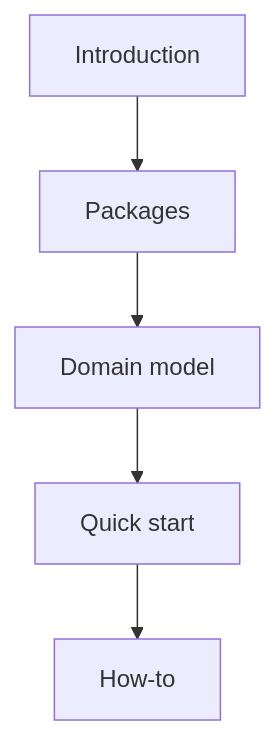
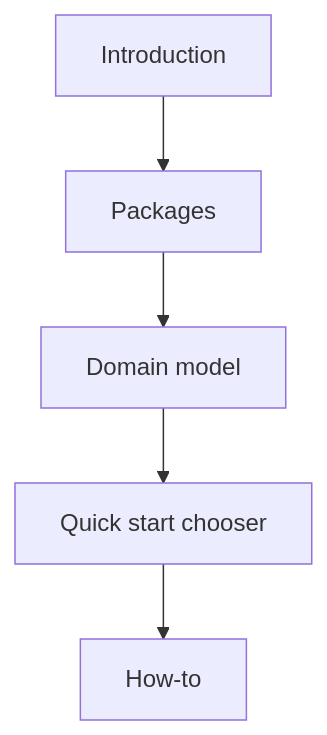
Before and after one commit to Polynom-Labs/privacy-layer-confidential-sdk: the second of 2 diagrams in docs/overview/introduction.mdx, drawn with Mermaid. The commit also changed other lines of this file and 19 other files, not shown here.

First line of the commit message:
docs: split Stellar Quick start into Frontend/Backend tabs

````diff
--- a/docs/overview/introduction.mdx
+++ b/docs/overview/introduction.mdx
@@ -53,10 +53,10 @@
 ```mermaid
 flowchart TD
   Intro[Introduction]
   Pkg[Packages]
   Domain[Domain model]
-  QS[Quick start]
+  QS[Quick start chooser]
   HowTo[How-to]
 
   Intro --> Pkg --> Domain --> QS --> HowTo
 ```
````
